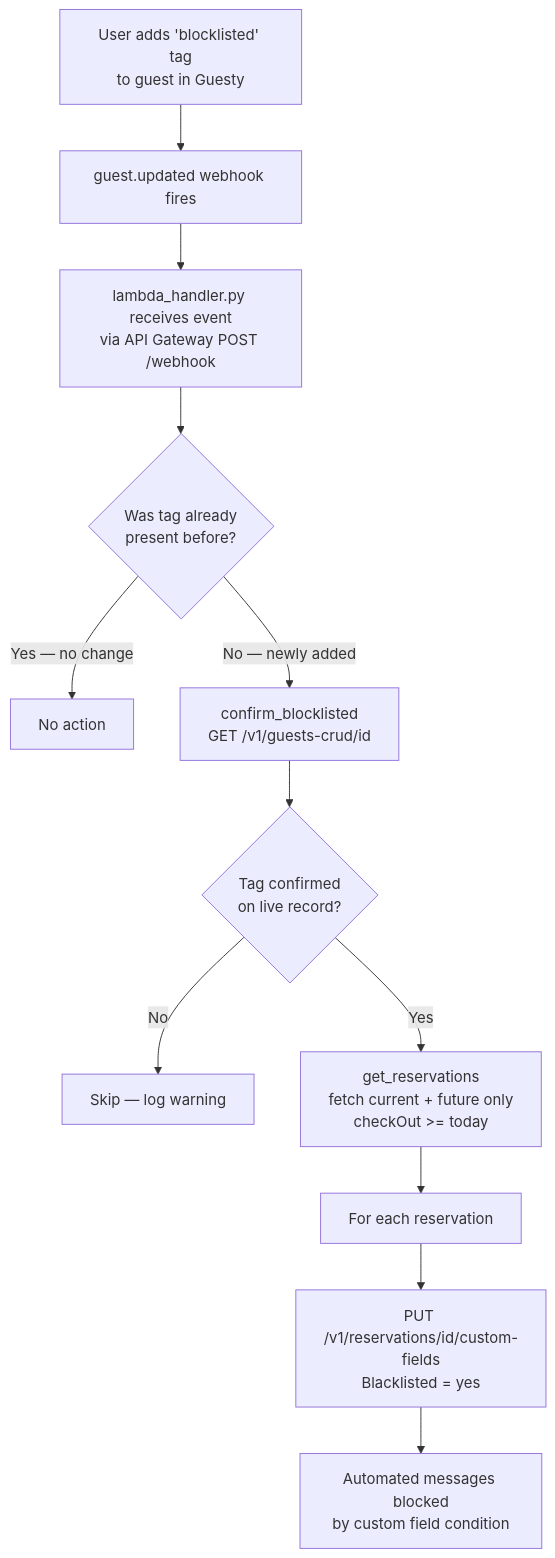
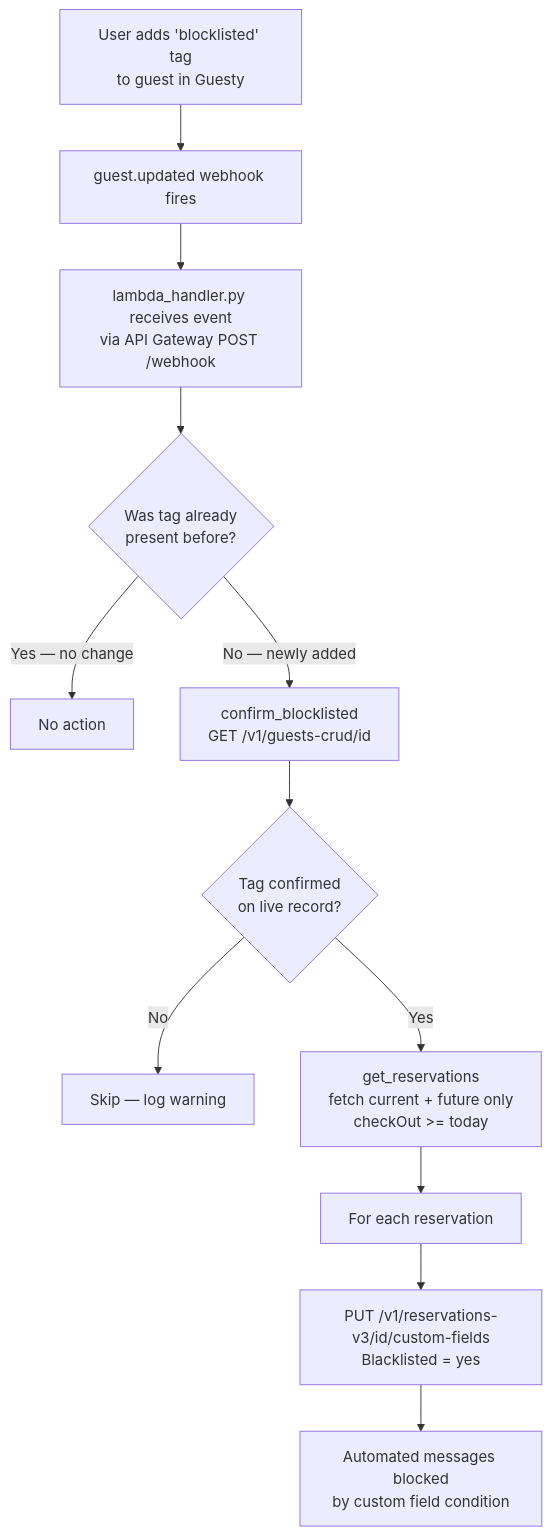
Before and after one commit to davidlin1123/Guesty-API: the second of 3 diagrams in README.md, drawn with Mermaid. The commit also changed other lines of this file and 5 other files, not shown here.

````diff
--- a/README.md
+++ b/README.md
@@ -55,14 +55,14 @@
 ```mermaid
 flowchart TD
     A[User adds 'blocklisted' tag\nto guest in Guesty] --> B[guest.updated webhook fires]
     B --> C[lambda_handler.py receives event\nvia API Gateway POST /webhook]
     C --> D{Was tag already\npresent before?}
     D -->|Yes — no change| E[No action]
     D -->|No — newly added| F[confirm_blocklisted\nGET /v1/guests-crud/id]
     F --> G{Tag confirmed\non live record?}
     G -->|No| H[Skip — log warning]
     G -->|Yes| I[get_reservations\nfetch current + future only\ncheckOut >= today]
     I --> J[For each reservation]
-    J --> K[PUT /v1/reservations/id/custom-fields\nBlacklisted = yes]
+    J --> K[PUT /v1/reservations-v3/id/custom-fields\nBlacklisted = yes]
     K --> L[Automated messages blocked\nby custom field condition]
 ```
````
